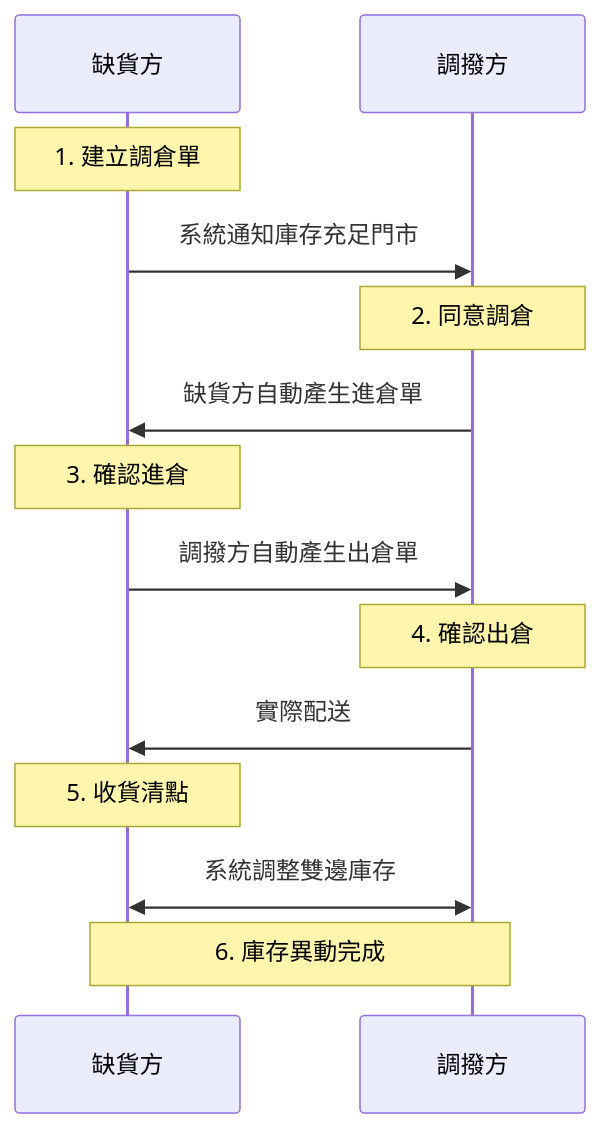
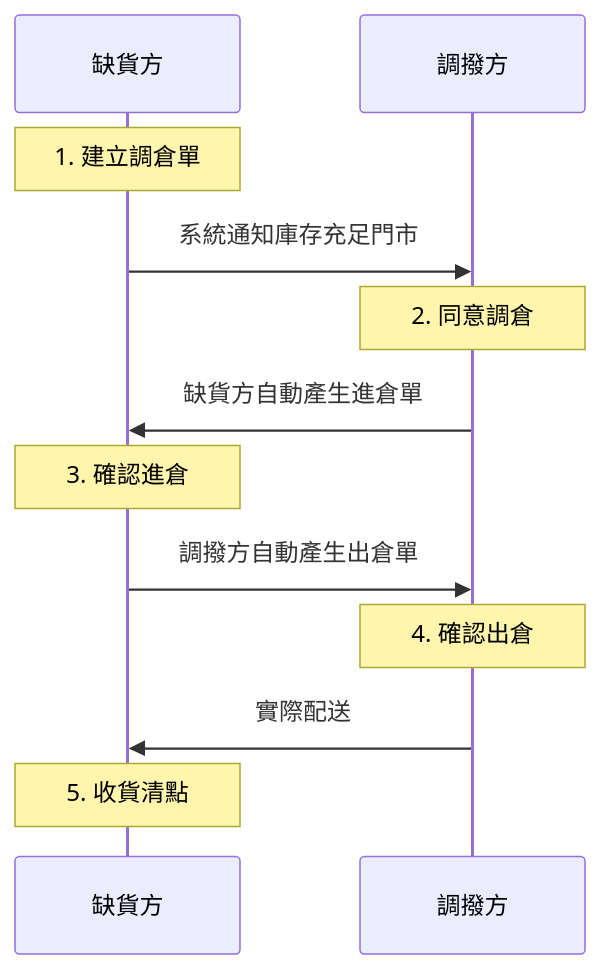
The diagram in docs/pos/inventory/transfer-complete-process.md (sinleadpro/zensical-zh-tw), drawn with Mermaid before and after one commit. The commit also changed other lines of this file and 108 other files, not shown here.

````diff
--- a/docs/pos/inventory/transfer-complete-process.md
+++ b/docs/pos/inventory/transfer-complete-process.md
@@ -84,17 +86,15 @@
 ```mermaid
 sequenceDiagram
 
 participant 缺貨方
 participant 調撥方
 Note over 缺貨方: 1. 建立調倉單
 缺貨方->>調撥方: 系統通知庫存充足門市
 Note over 調撥方: 2. 同意調倉
 調撥方 ->>缺貨方: 缺貨方自動產生進倉單
 Note over 缺貨方: 3. 確認進倉
 缺貨方->>調撥方: 調撥方自動產生出倉單
 Note over 調撥方: 4. 確認出倉
 調撥方 ->>缺貨方: 實際配送
 Note over 缺貨方: 5. 收貨清點
-缺貨方<<->>調撥方: 系統調整雙邊庫存
-Note over 缺貨方,調撥方: 6. 庫存異動完成
 ```
````
